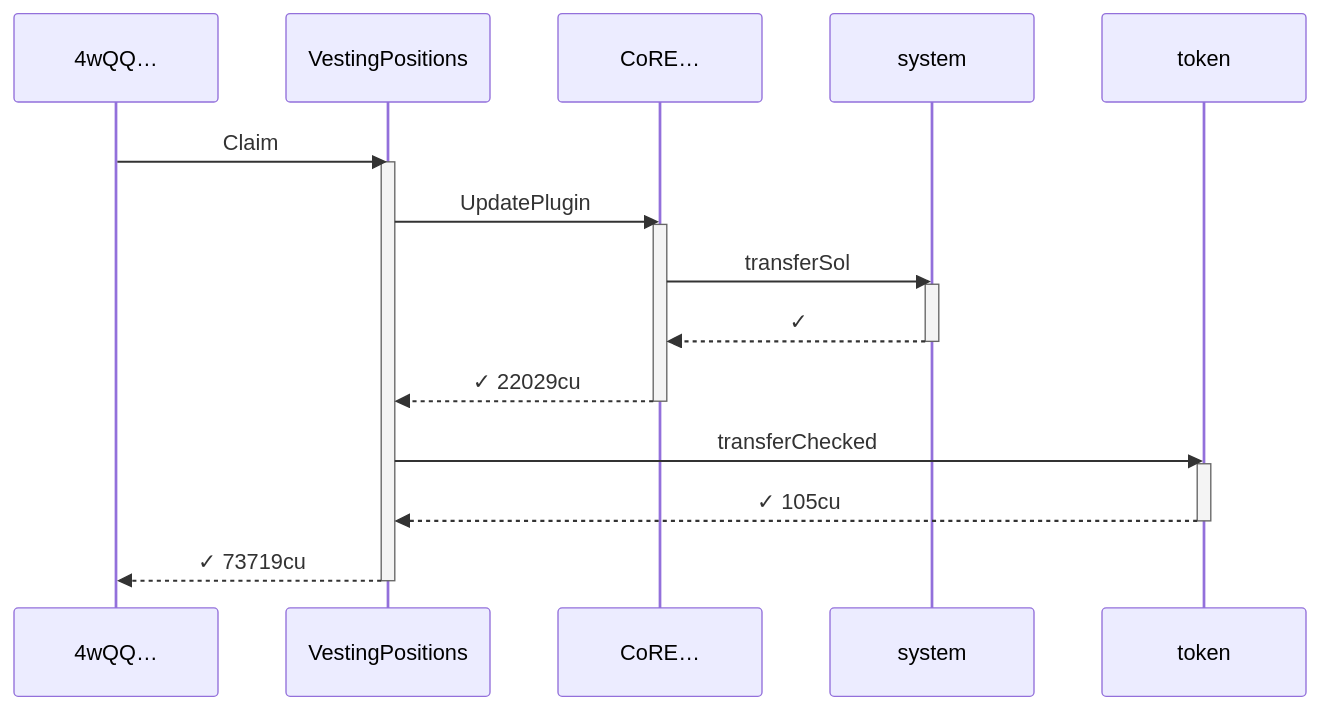
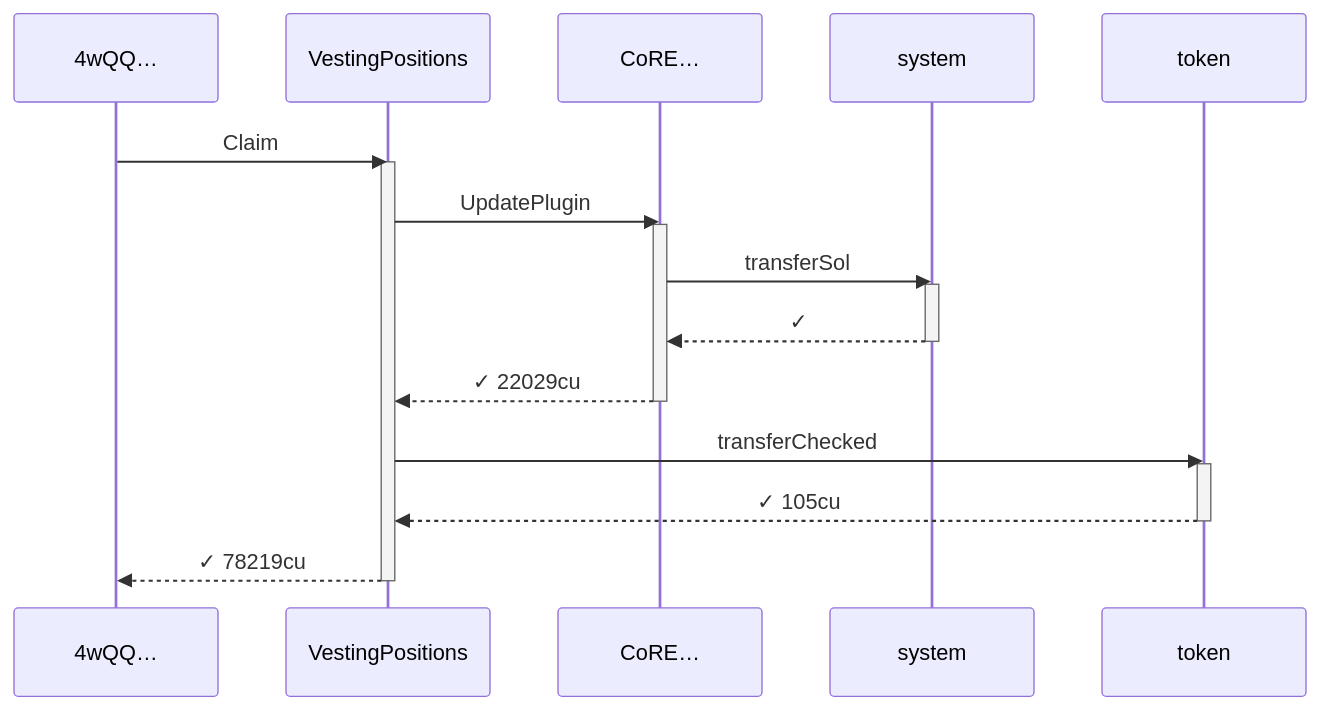
Before and after one commit to cds-turbin3/vesting-position: the seventh of 9 diagrams in babelfish-tests/test-report/fully_claimed_non_transferable_has_no_asset_freeze.md, drawn with Mermaid. The commit also changed other lines of this file and 106 other files, not shown here.

````diff
--- a/babelfish-tests/test-report/fully_claimed_non_transferable_has_no_asset_freeze.md
+++ b/babelfish-tests/test-report/fully_claimed_non_transferable_has_no_asset_freeze.md
@@ -364,24 +375,24 @@
 ```mermaid
 sequenceDiagram
     participant p0 as 4wQQ…
     participant p1 as VestingPositions
     participant p2 as CoRE…
     participant p3 as system
     participant p4 as token
     p0->>p1: Claim
     activate p1
     p1->>p2: UpdatePlugin
     activate p2
     p2->>p3: transferSol
     activate p3
     p3-->>p2: ✓
     deactivate p3
     p2-->>p1: ✓ 22029cu
     deactivate p2
     p1->>p4: transferChecked
     activate p4
     p4-->>p1: ✓ 105cu
     deactivate p4
-    p1-->>p0: ✓ 73719cu
+    p1-->>p0: ✓ 78219cu
     deactivate p1
 ```
````
